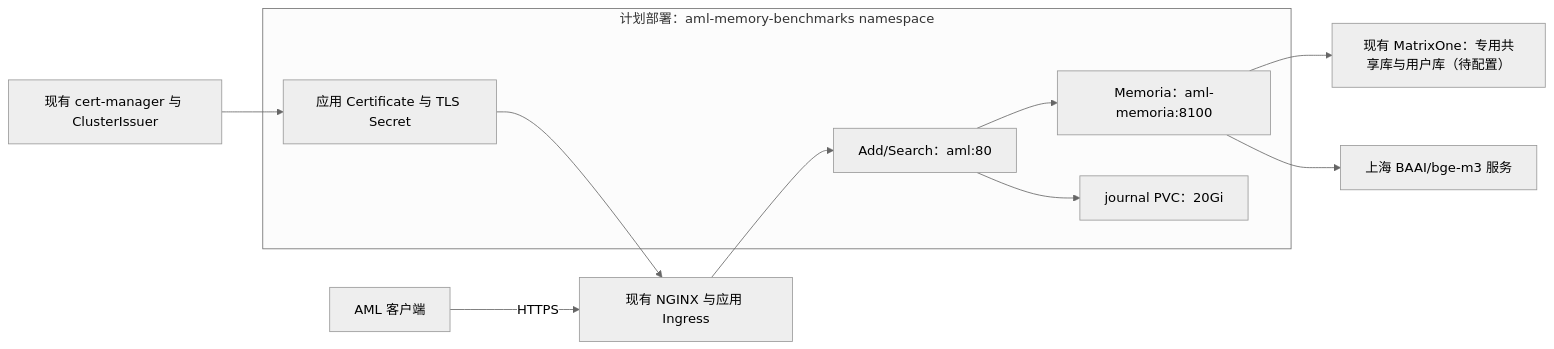
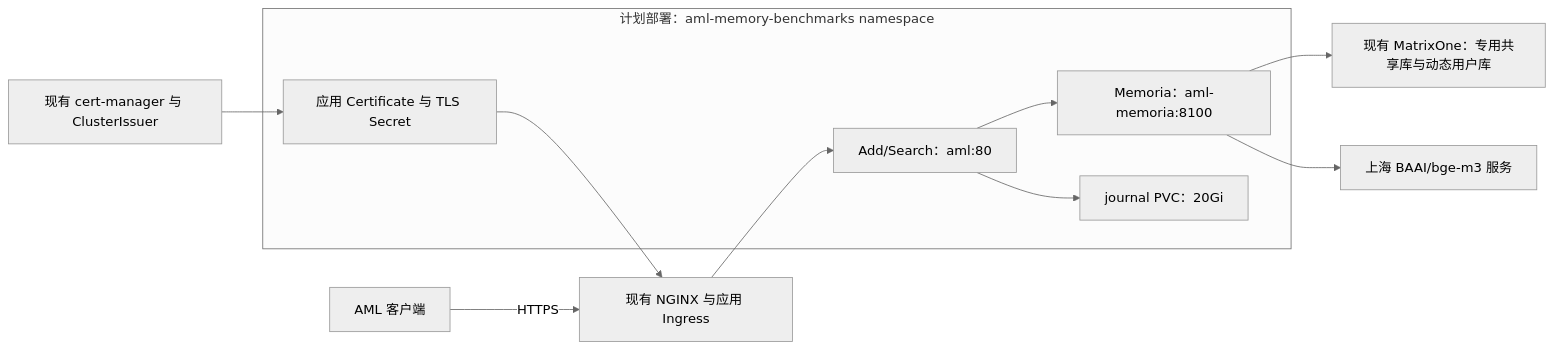
The diagram in agent_memory_leaderboard/docs/competition-plan.md (matrixorigin/memory_benchmarks), drawn with Mermaid (neutral theme) before and after one commit. The commit also changed other lines of this file and 3 other files, not shown here.

````diff
--- a/agent_memory_leaderboard/docs/competition-plan.md
+++ b/agent_memory_leaderboard/docs/competition-plan.md
@@ -60,14 +60,14 @@
 ```mermaid
 flowchart LR
     AML["AML 客户端"] -->|HTTPS| NG["现有 NGINX 与应用 Ingress"]
     subgraph APP["计划部署：aml-memory-benchmarks namespace"]
         A["Add/Search：aml:80"] --> M["Memoria：aml-memoria:8100"]
         A --> J["journal PVC：20Gi"]
         C["应用 Certificate 与 TLS Secret"]
     end
     NG --> A
-    M --> DB["现有 MatrixOne：专用共享库与用户库（待配置）"]
+    M --> DB["现有 MatrixOne：专用共享库与动态用户库"]
     M --> EMB["上海 BAAI/bge-m3 服务"]
     CM["现有 cert-manager 与 ClusterIssuer"] --> C
     C --> NG
 ```
````
